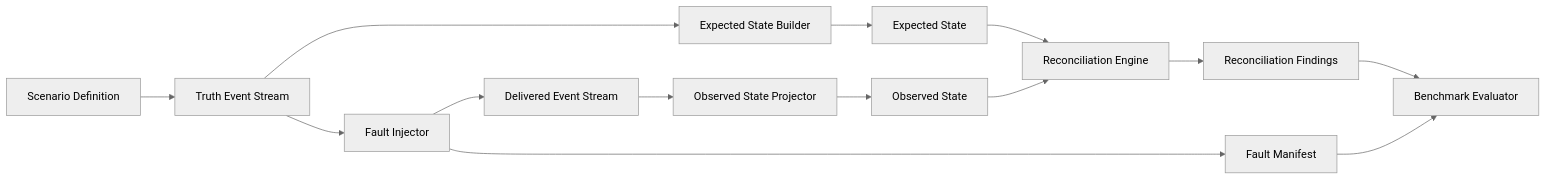
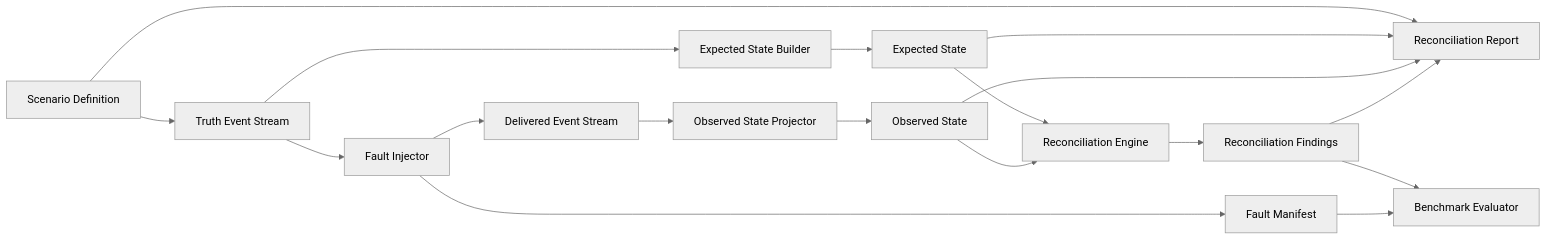
The diagram in README.md (fuatn1/fin-recon-lab), drawn with Mermaid (neutral theme) before and after one commit. The commit also changed other lines of this file and 10 other files, not shown here.

Commit message:
feat: add versioned deterministic reconciliation report

````diff
--- a/README.md
+++ b/README.md
@@ -34,16 +35,20 @@
 ```mermaid
 flowchart LR
     A[Scenario Definition] --> B[Truth Event Stream]
     B --> C[Expected State Builder]
     C --> D[Expected State]
     B --> E[Fault Injector]
     E --> F[Delivered Event Stream]
     F --> G[Observed State Projector]
     G --> H[Observed State]
     D --> I[Reconciliation Engine]
     H --> I
     I --> J[Reconciliation Findings]
+    A --> M[Reconciliation Report]
+    D --> M
+    H --> M
+    J --> M
     E --> K[Fault Manifest]
     J --> L[Benchmark Evaluator]
     K --> L
 ```
````
